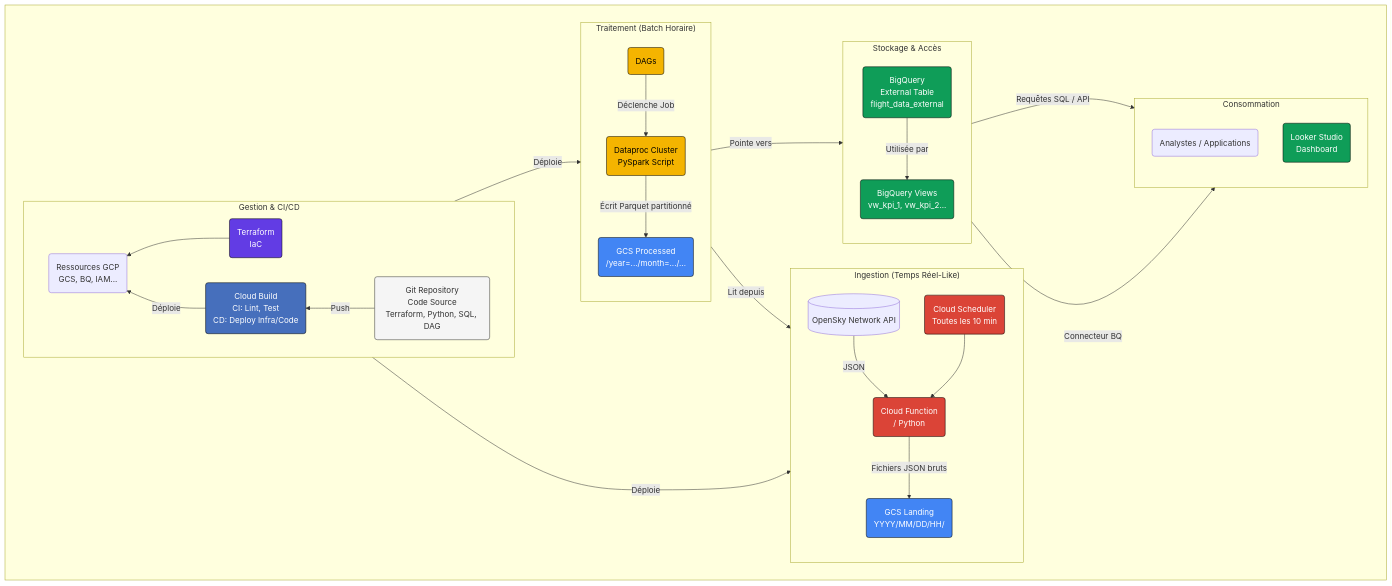
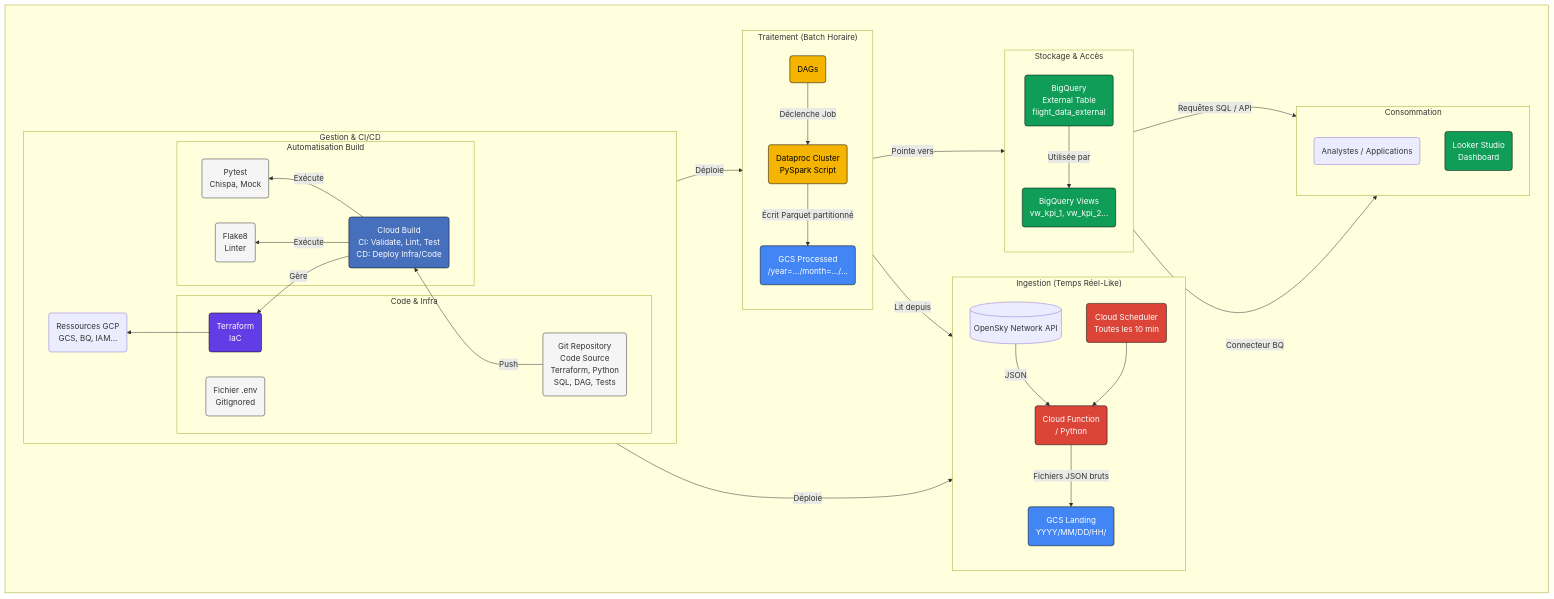
One commit to remigarcia31/toulouse-aero-analysis changed the diagram in README.md. Above: the diagram before and after it, drawn with Mermaid. The commit also changed other lines of this file, not shown here.

````diff
--- a/README.md
+++ b/README.md
@@ -30,53 +33,68 @@
 ```mermaid
 graph LR
     subgraph " "
         direction LR
         subgraph "Ingestion (Temps Réel-Like)"
             direction TB
             OSN[("OpenSky Network API")] -- JSON --> CF(Cloud Function<br/> / Python)
             SCHED(Cloud Scheduler<br/>Toutes les 10 min) --> CF
             CF -- Fichiers JSON bruts --> GCS_L(GCS Landing<br/>YYYY/MM/DD/HH/)
         end
 
         subgraph "Traitement (Batch Horaire)"
             direction TB
-            COMP(Cloud Composer<br/>Airflow DAG<br/>@hourly) -- Déclenche Job --> DP(Dataproc Cluster<br/>PySpark Script)
+            COMP(Cloud Composer<br/>**v2** / Airflow DAG<br/>@hourly) -- Déclenche Job --> DP(Dataproc Cluster<br/>PySpark Script)
             DP -- Lit depuis --> GCS_L
             DP -- Écrit Parquet partitionné --> GCS_P(GCS Processed<br/>/year=.../month=.../...)
         end
 
         subgraph "Stockage & Accès"
             direction TB
             GCS_P -- Pointe vers --> BQ_EXT(BigQuery<br/>External Table<br/>flight_data_external)
             BQ_EXT -- Utilisée par --> BQ_VIEW(BigQuery Views<br/>vw_kpi_1, vw_kpi_2...)
         end
 
         subgraph "Consommation"
             direction TB
             BQ_VIEW -- Requêtes SQL / API --> USERS(Analystes / Applications)
             BQ_VIEW -- Connecteur BQ --> LOOKER(Looker Studio<br/>Dashboard)
         end
 
         subgraph "Gestion & CI/CD"
             direction RL
-            GIT(Git Repository<br/>Code Source<br/>Terraform, Python, SQL, DAG) -- Push --> CB(Cloud Build<br/>CI: Lint, Test<br/>CD: Deploy Infra/Code)
-            TF(Terraform<br/>IaC) --> GCP_RES(Ressources GCP<br/>GCS, BQ, IAM...)
-            CB -- Déploie --> GCP_RES
+            subgraph "Code & Infra"
+              GIT(Git Repository<br/>Code Source<br/>Terraform, Python<br/>SQL, DAG, Tests)
+              TF(Terraform<br/>IaC)
+              ENV(Fichier .env<br/>GitIgnored)
+            end
+            subgraph "Automatisation Build"
+              CB(Cloud Build<br/>CI: Validate, Lint, Test<br/>CD: Deploy Infra/Code)
+              PYTEST(Pytest<br/>Chispa, Mock)
+              FLAKE8(Flake8<br/>Linter)
+            end
+            GIT -- Push --> CB
+            TF --> GCP_RES(Ressources GCP<br/>GCS, BQ, IAM...)
+            CB -- Gère --> TF
             CB -- Déploie --> CF
             CB -- Déploie --> COMP(DAGs)
+            CB -- Exécute --> PYTEST
+            CB -- Exécute --> FLAKE8
         end
     end
 
     style GCS_L fill:#4285F4,stroke:#000,color:#fff
     style GCS_P fill:#4285F4,stroke:#000,color:#fff
     style CF fill:#DB4437,stroke:#000,color:#fff
     style SCHED fill:#DB4437,stroke:#000,color:#fff
     style DP fill:#F4B400,stroke:#000,color:#000
     style COMP fill:#F4B400,stroke:#000,color:#000
     style BQ_EXT fill:#0F9D58,stroke:#000,color:#fff
     style BQ_VIEW fill:#0F9D58,stroke:#000,color:#fff
     style LOOKER fill:#0F9D58,stroke:#000,color:#fff
     style TF fill:#623CE4,stroke:#000,color:#fff
     style CB fill:#466FBC,stroke:#000,color:#fff
     style GIT fill:#f5f5f5,stroke:#333,color:#333
+    style PYTEST fill:#f5f5f5,stroke:#333,color:#333
+    style FLAKE8 fill:#f5f5f5,stroke:#333,color:#333
+    style ENV fill:#f5f5f5,stroke:#333,color:#333
 ```
````
